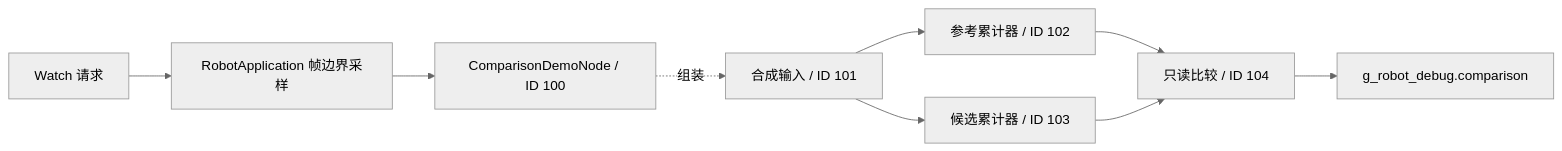
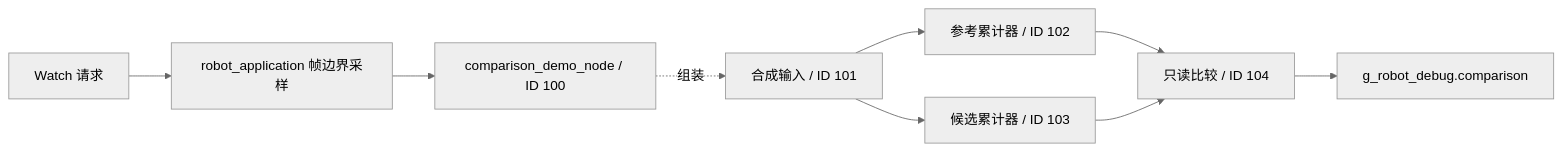
One commit to auspicious-j/Sentry_H7_Upper_CMake changed the diagram in doc/通用快照与结果对比接口-2026-10-09.md. Above: the diagram before and after it, drawn with Mermaid (neutral theme). The commit also changed other lines of this file and 97 other files, not shown here.

```diff
--- a/doc/通用快照与结果对比接口-2026-10-09.md
+++ b/doc/通用快照与结果对比接口-2026-10-09.md
@@ -29,11 +29,11 @@
 ~~~mermaid
 flowchart LR
-    W["Watch 请求"] --> A["RobotApplication 帧边界采样"]
-    A --> C["ComparisonDemoNode / ID 100"]
+    W["Watch 请求"] --> A["robot_application 帧边界采样"]
+    A --> C["comparison_demo_node / ID 100"]
     C -.组装.-> I["合成输入 / ID 101"]
     I --> R["参考累计器 / ID 102"]
     I --> N["候选累计器 / ID 103"]
     R --> X["只读比较 / ID 104"]
     N --> X
     X --> D["g_robot_debug.comparison"]
 ~~~
```
